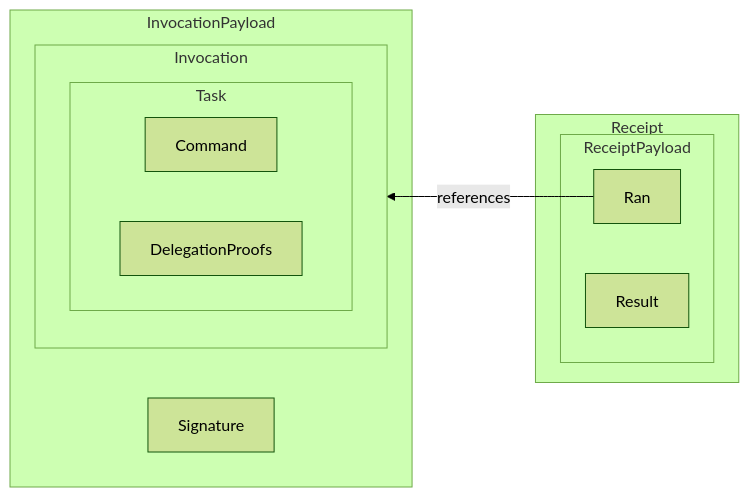
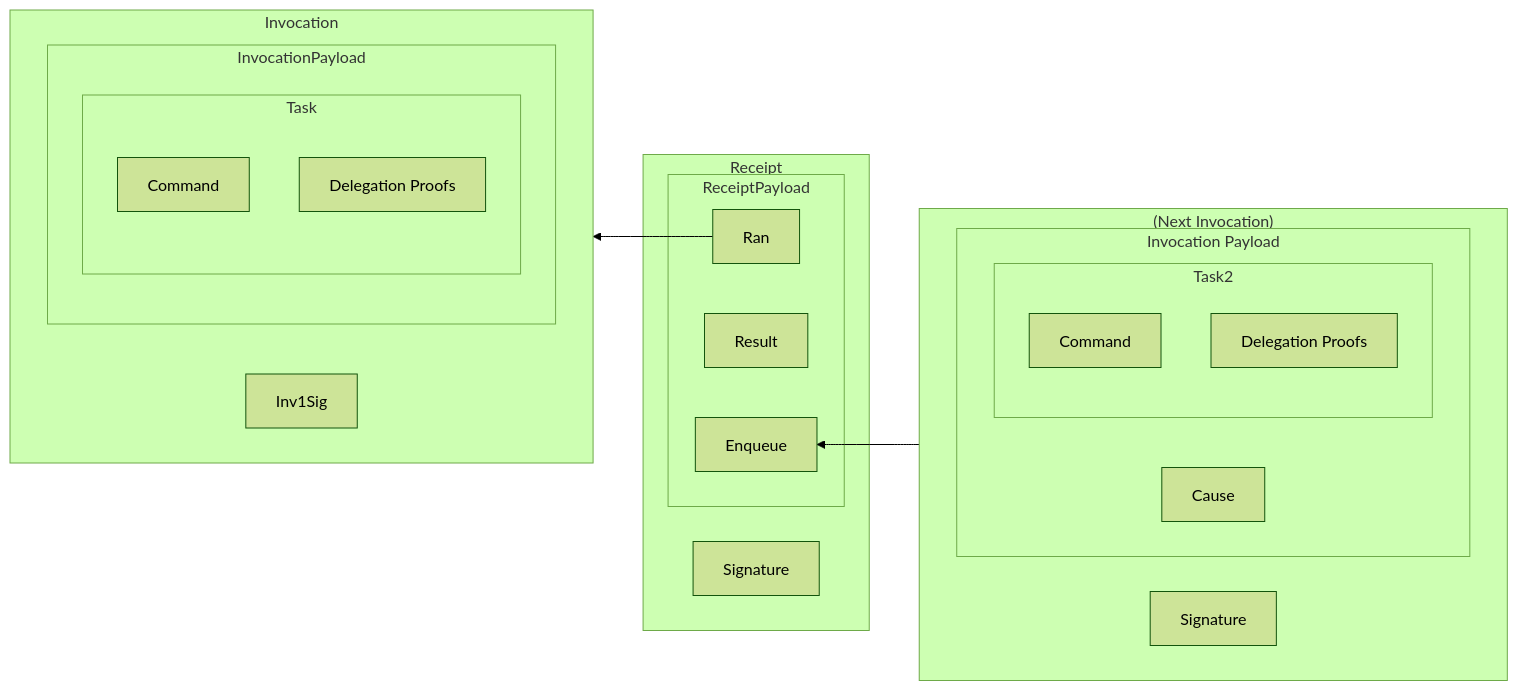
The second of 2 diagrams in README.md (ucan-wg/invocation), drawn with Mermaid (forest theme) before and after one commit. The commit also changed other lines of this file and 2 other files, not shown here.

````diff
--- a/README.md
+++ b/README.md
@@ -163,24 +161,44 @@
 ``` mermaid
 flowchart RL
-    subgraph InvocationPayload
-        subgraph Invocation
+    subgraph Invocation
+        direction LR
+        subgraph InvocationPayload
             subgraph Task
+                direction TB
+
                 Command
-                DelegationProofs
+                DelegationProofs["Delegation Proofs"]
             end
         end
 
-        Signature
+        Inv1Sig
     end
 
     subgraph Receipt
         subgraph ReceiptPayload
             Ran
             Result
+            Enqueue
         end
 
-        Signature
+        RecSig[Signature]
     end
 
-    Ran -->|references| Invocation
+    subgraph Invocation2["(Next Invocation)"]
+        direction RL
+
+        subgraph InvocationPayload2["Invocation Payload"]
+            subgraph Task2
+                Command2["Command"]
+                DelegationProofs2["Delegation Proofs"]
+            end
+
+            Cause
+        end
+
+        Inv2Sig[Signature]
+    end
+
+    Cause --> Enqueue
+    Ran   --> Invocation
 ```
````
